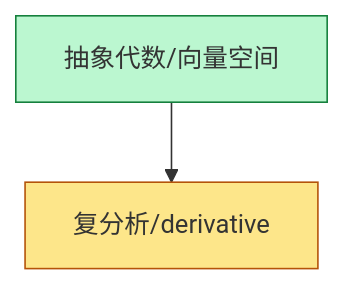
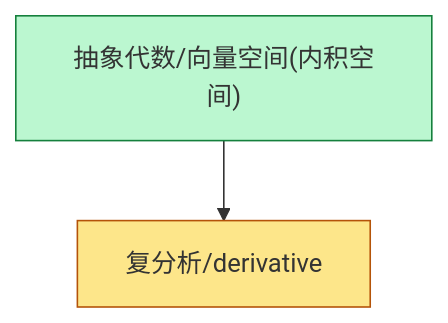
One commit to zeroDtree/zeroDtree.github.io changed the diagram in content/复分析/dependency_graph.md. Above: the diagram before and after it, drawn with Mermaid. The commit also changed 17 other files, not shown here.

Commit message:
Refactor mathematical documents to improve clarity and consistency. Updated prerequisite links to reflect new content on inner product spaces and normed vector spaces. Enhanced dependency graphs and removed outdated references, ensuring a cohesive understanding of related mathematical concepts.

````diff
--- a/content/复分析/dependency_graph.md
+++ b/content/复分析/dependency_graph.md
@@ -1,8 +1,8 @@
 ```mermaid
 graph TD
-1["抽象代数/向量空间"] --> 0["复分析/derivative"]
+1["抽象代数/向量空间(内积空间)"] --> 0["复分析/derivative"]
 classDef leaf fill:#fde68a,stroke:#b45309
 class 0 leaf
 classDef foundationRoot fill:#bbf7d0,stroke:#15803d
 class 1 foundationRoot
 ```
````
